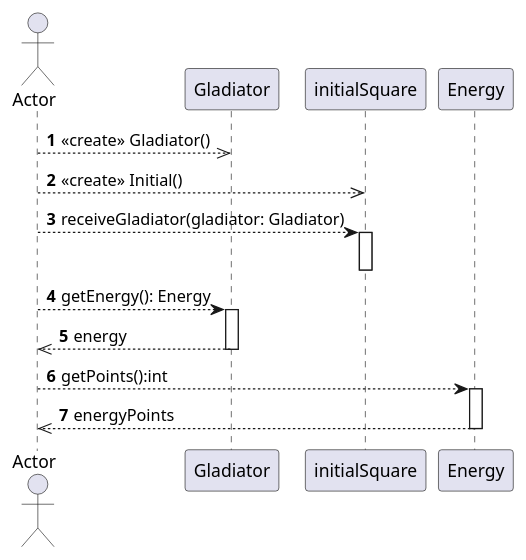
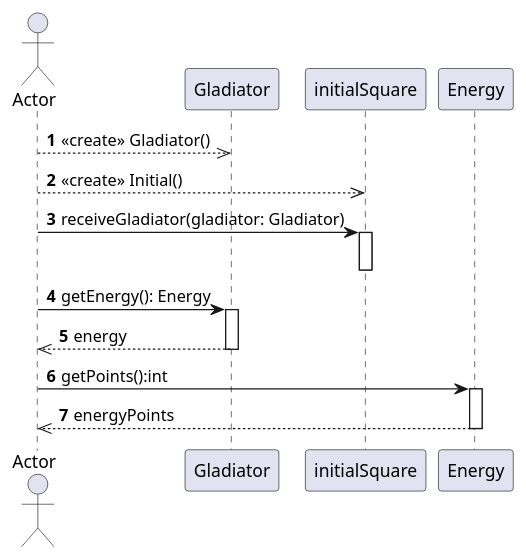
Before and after one commit to PabloGCH/tp2-algo3: the diagram in diagrams/sequences/UseCase01.puml, drawn with PlantUML. The commit also changed 1 other file, not shown here.

Commit message:
Arrows fixed and aggregation of lifelines in sequence diagram UseCase02. Arrows fixed in sequence diagram UseCase01

```diff
--- a/diagrams/sequences/UseCase01.puml
+++ b/diagrams/sequences/UseCase01.puml
@@ -1,19 +1,19 @@
 @startuml
 'https://plantuml.com/sequence-diagram
 
 autonumber
 actor Actor
 Actor -->> Gladiator: <<create>> Gladiator()
 Actor -->> initialSquare: <<create>> Initial()
-Actor --> initialSquare: receiveGladiator(gladiator: Gladiator)
+Actor -> initialSquare: receiveGladiator(gladiator: Gladiator)
 activate initialSquare
 deactivate initialSquare
-Actor --> Gladiator: getEnergy(): Energy
+Actor -> Gladiator: getEnergy(): Energy
 activate Gladiator
 Gladiator -->> Actor: energy
 deactivate Gladiator
-Actor --> Energy: getPoints():int
+Actor -> Energy: getPoints():int
 activate Energy
 Energy -->> Actor: energyPoints
 deactivate Energy
 @enduml
```
